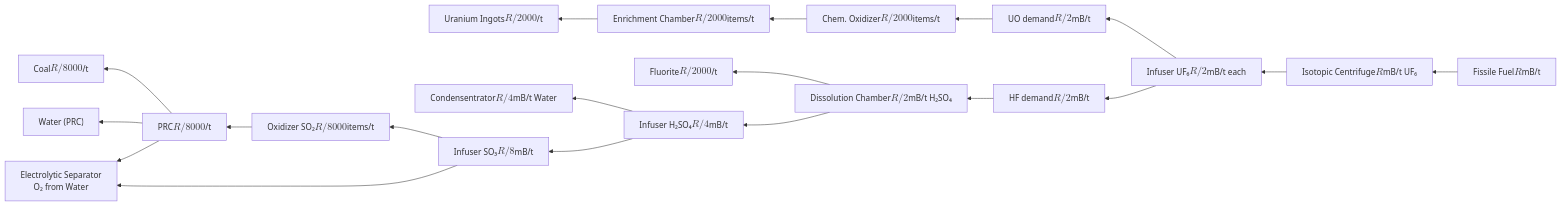
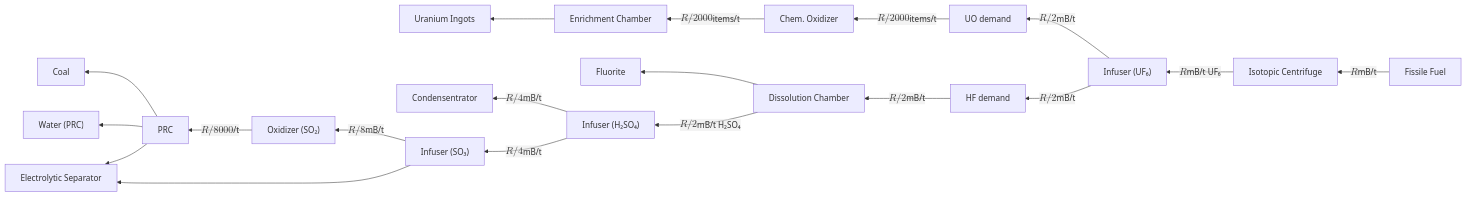
One commit to Kiwifan1/Kiwifan1.github.io changed the second of 3 diagrams in docs/mekanism/fissile-fuel-production.md. Above: the diagram before and after it, drawn with Mermaid. The commit also changed 1 other file, not shown here.

Commit message:
Fix Mermaid labels: move KaTeX to edge labels, avoid br+KaTeX mixing

````diff
--- a/docs/mekanism/fissile-fuel-production.md
+++ b/docs/mekanism/fissile-fuel-production.md
@@ -226,23 +226,23 @@
 ```mermaid
 flowchart RL
-    FF["Fissile Fuel<br>$$R$$ mB/t"] --> IC["Isotopic Centrifuge<br>$$R$$ mB/t UF₆"]
-    IC --> CIuf["Infuser UF₆<br>$$R/2$$ mB/t each"]
-    CIuf --> UO["UO demand<br>$$R/2$$ mB/t"]
-    CIuf --> HF["HF demand<br>$$R/2$$ mB/t"]
+    FF["Fissile Fuel"] -->|"$$R$$ mB/t"| IC["Isotopic Centrifuge"]
+    IC -->|"$$R$$ mB/t UF₆"| CIuf["Infuser (UF₆)"]
+    CIuf -->|"$$R/2$$ mB/t"| UO["UO demand"]
+    CIuf -->|"$$R/2$$ mB/t"| HF["HF demand"]
 
-    UO --> COu["Chem. Oxidizer<br>$$R/2000$$ items/t"]
-    COu --> ECh["Enrichment Chamber<br>$$R/2000$$ items/t"]
-    ECh --> Ingots["Uranium Ingots<br>$$R/2000$$ /t"]
+    UO -->|"$$R/2000$$ items/t"| COu["Chem. Oxidizer"]
+    COu -->|"$$R/2000$$ items/t"| ECh["Enrichment Chamber"]
+    ECh --> Ingots["Uranium Ingots"]
 
-    HF --> CDC["Dissolution Chamber<br>$$R/2$$ mB/t H₂SO₄"]
-    CDC --> Fl["Fluorite<br>$$R/2000$$ /t"]
-    CDC --> CIh2so4["Infuser H₂SO₄<br>$$R/4$$ mB/t"]
-    CIh2so4 --> Vapor["Condensentrator<br>$$R/4$$ mB/t Water"]
-    CIh2so4 --> CIso3["Infuser SO₃<br>$$R/8$$ mB/t"]
-    CIso3 --> COs["Oxidizer SO₂<br>$$R/8000$$ items/t"]
-    COs --> PRC["PRC<br>$$R/8000$$ /t"]
-    PRC --> Coal["Coal<br>$$R/8000$$ /t"]
+    HF -->|"$$R/2$$ mB/t"| CDC["Dissolution Chamber"]
+    CDC --> Fl["Fluorite"]
+    CDC -->|"$$R/2$$ mB/t H₂SO₄"| CIh2so4["Infuser (H₂SO₄)"]
+    CIh2so4 -->|"$$R/4$$ mB/t"| Vapor["Condensentrator"]
+    CIh2so4 -->|"$$R/4$$ mB/t"| CIso3["Infuser (SO₃)"]
+    CIso3 -->|"$$R/8$$ mB/t"| COs["Oxidizer (SO₂)"]
+    COs -->|"$$R/8000$$ /t"| PRC["PRC"]
+    PRC --> Coal["Coal"]
     PRC --> WaterB["Water (PRC)"]
-    CIso3 --> ES["Electrolytic Separator<br>O₂ from Water"]
+    CIso3 --> ES["Electrolytic Separator"]
     PRC --> ES
 ```
````
